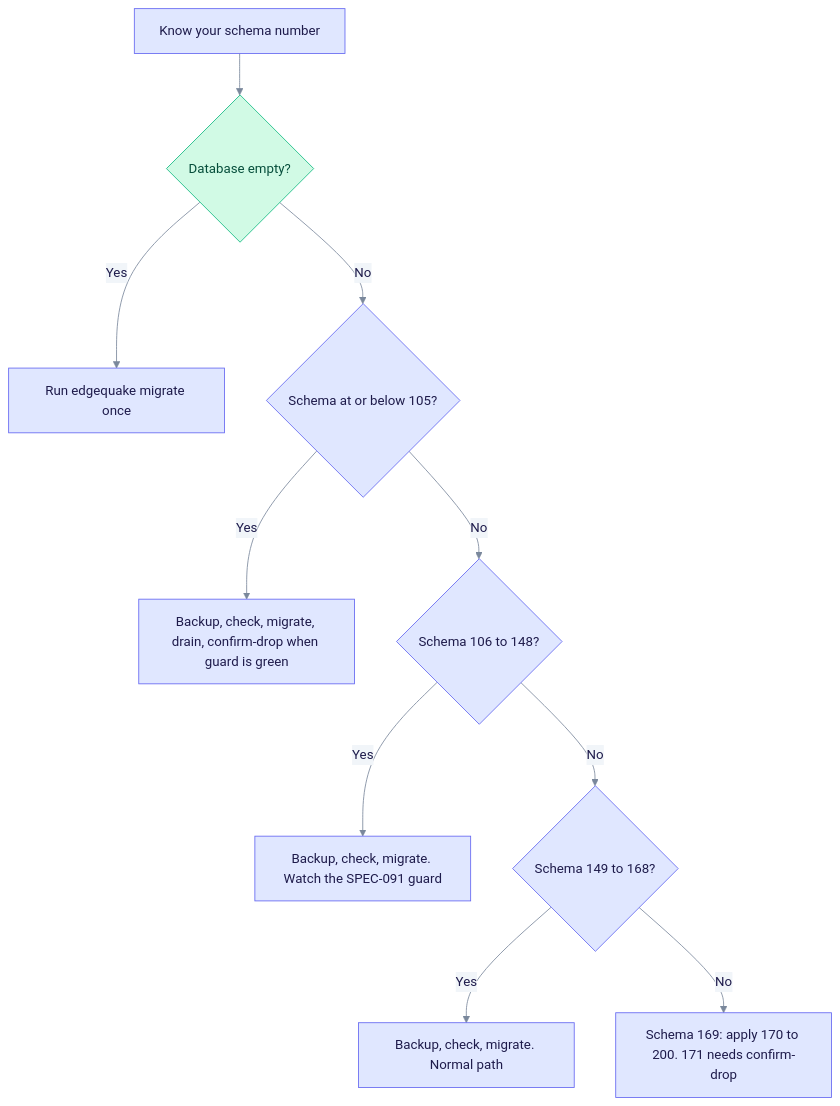
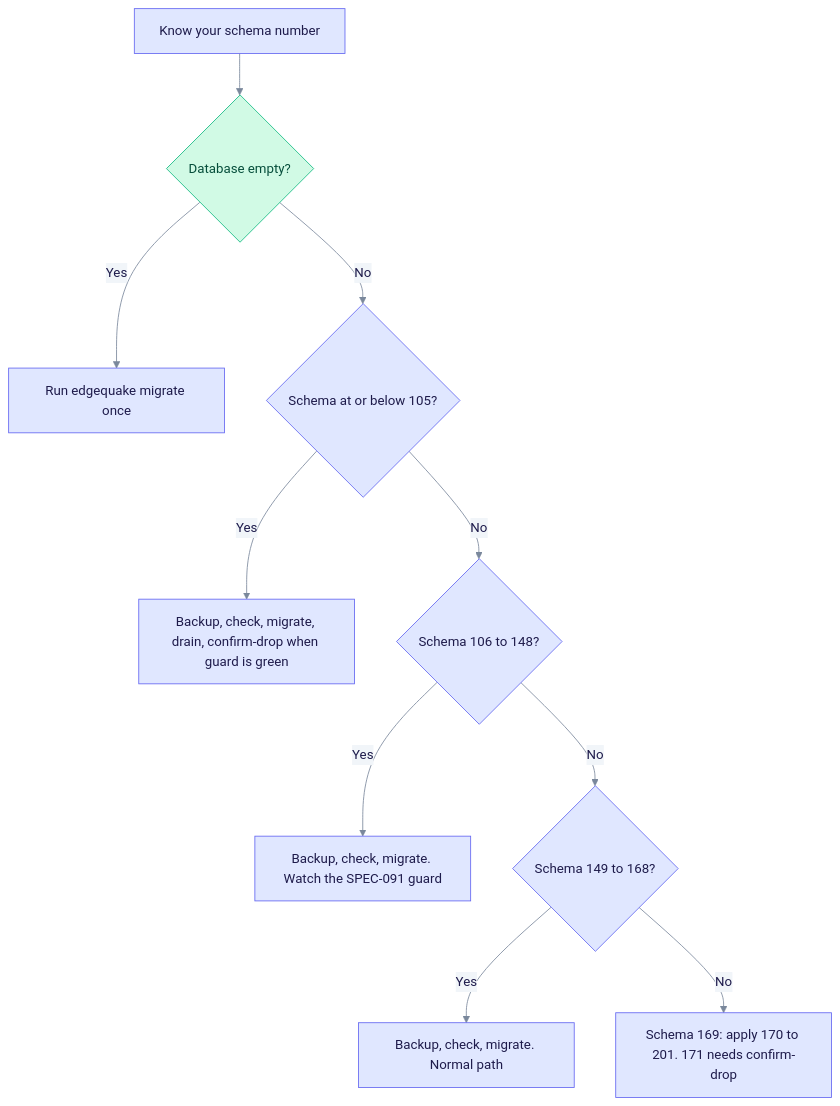
Before and after one commit to YatchiYa/edgequake: the first of 3 diagrams in docs/operations/upgrading.md, drawn with Mermaid. The commit also changed other lines of this file and 10 other files, not shown here.

````diff
--- a/docs/operations/upgrading.md
+++ b/docs/operations/upgrading.md
@@ -24,17 +24,17 @@
 ```mermaid
 %%{init: {"theme":"base","themeVariables":{"primaryColor":"#E0E7FF","primaryBorderColor":"#6366F1","primaryTextColor":"#1E1B4B","secondaryColor":"#D1FAE5","secondaryBorderColor":"#10B981","secondaryTextColor":"#064E3B","tertiaryColor":"#FEF3C7","tertiaryBorderColor":"#F59E0B","tertiaryTextColor":"#6B7A90","lineColor":"#7A889C","clusterBkg":"rgba(99,102,241,0.07)","clusterBorder":"#A5B4FC","noteBkgColor":"#FEF9C3","noteTextColor":"#422006","textColor":"#6B7A90","titleColor":"#6B7A90","signalColor":"#7A889C","signalTextColor":"#6B7A90","loopTextColor":"#6B7A90","edgeLabelBackground":"#F1F5F9","actorLineColor":"#94A3B8"}}}%%
 %% eq-theme:v1
 flowchart TD
   A["Know your schema number"] --> B{"Database empty?"}
   B -->|Yes| C["Run edgequake migrate once"]
   B -->|No| D{"Schema at or below 105?"}
   D -->|Yes| E["Backup, check, migrate, drain, confirm-drop when guard is green"]
   D -->|No| F{"Schema 106 to 148?"}
   F -->|Yes| G["Backup, check, migrate. Watch the SPEC-091 guard"]
   F -->|No| H{"Schema 149 to 168?"}
   H -->|Yes| I["Backup, check, migrate. Normal path"]
-  H -->|No| J["Schema 169: apply 170 to 200. 171 needs confirm-drop"]
+  H -->|No| J["Schema 169: apply 170 to 201. 171 needs confirm-drop"]
 %% eq-classes
 classDef eqStore fill:#D1FAE5,stroke:#10B981,color:#064E3B
 class B eqStore
 ```
````
